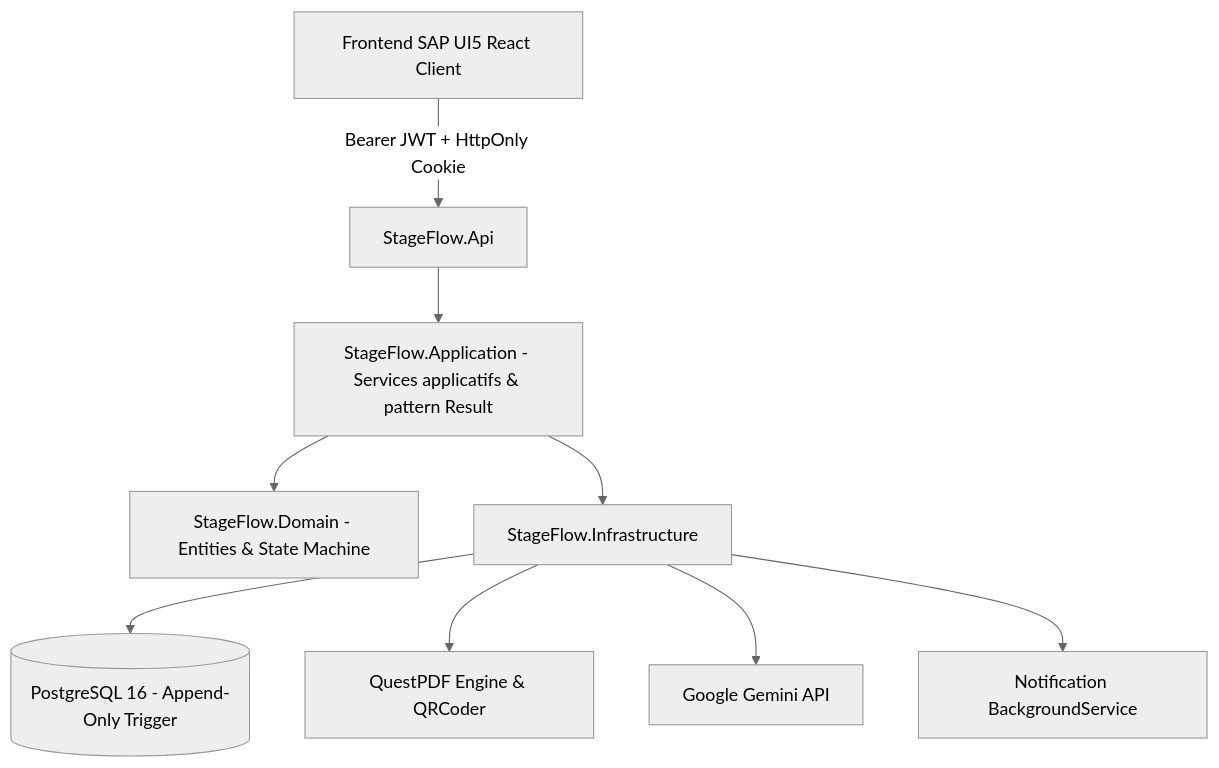
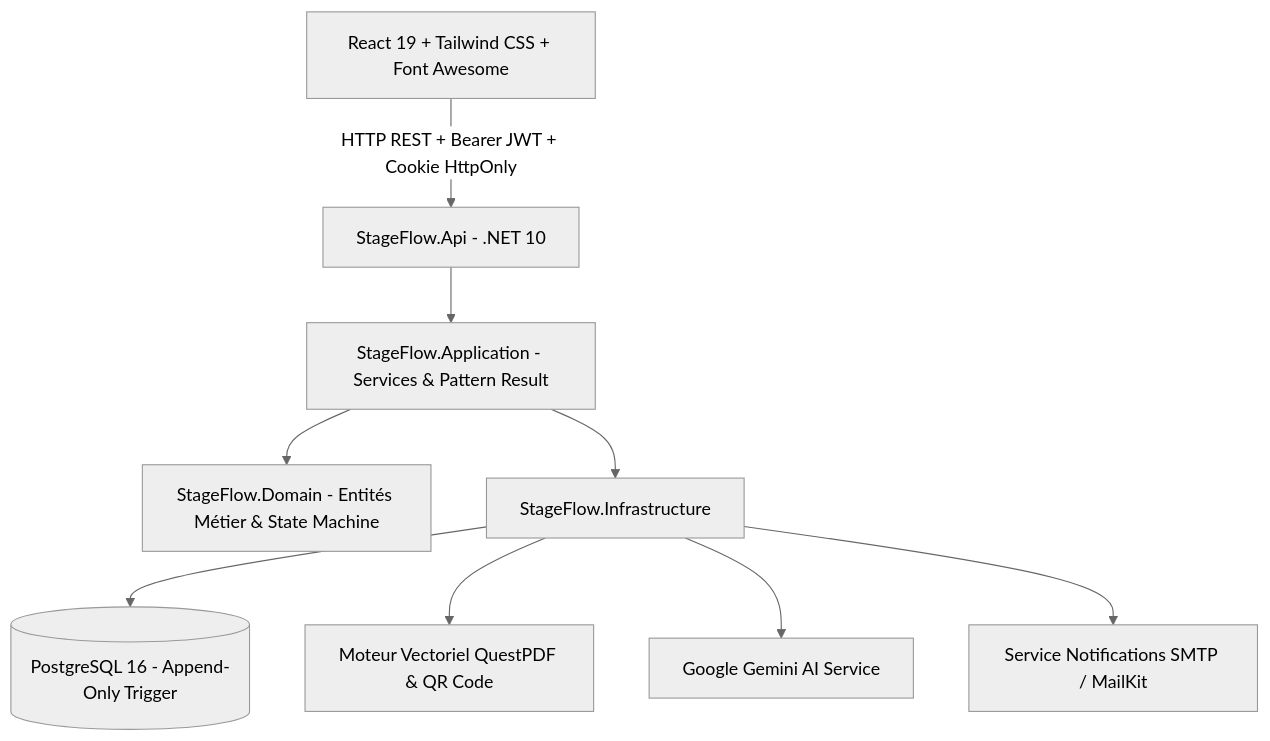
One commit to achrafes20/InternTrack changed the diagram in README.md. Above: the diagram before and after it, drawn with Mermaid (neutral theme). The commit also changed other lines of this file, not shown here.

````diff
--- a/README.md
+++ b/README.md
@@ -89,11 +86,11 @@
 ```mermaid
 graph TD
-    UI[Frontend SAP UI5 React Client] -->|Bearer JWT + HttpOnly Cookie| API[StageFlow.Api]
-    API --> APP[StageFlow.Application - Services applicatifs & pattern Result]
-    APP --> DOM[StageFlow.Domain - Entities & State Machine]
-    APP --> INF[StageFlow.Infrastructure]
-    INF --> DB[(PostgreSQL 16 - Append-Only Trigger)]
-    INF --> PDF[QuestPDF Engine & QRCoder]
-    INF --> AI[Google Gemini API]
-    INF --> SMTP[Notification BackgroundService]
+    Client[React 19 + Tailwind CSS + Font Awesome] -->|HTTP REST + Bearer JWT + Cookie HttpOnly| API[StageFlow.Api - .NET 10]
+    API --> App[StageFlow.Application - Services & Pattern Result]
+    App --> Domain[StageFlow.Domain - Entités Métier & State Machine]
+    App --> Infra[StageFlow.Infrastructure]
+    Infra --> DB[(PostgreSQL 16 - Append-Only Trigger)]
+    Infra --> PDF[Moteur Vectoriel QuestPDF & QR Code]
+    Infra --> AI[Google Gemini AI Service]
+    Infra --> Mail[Service Notifications SMTP / MailKit]
 ```
````
